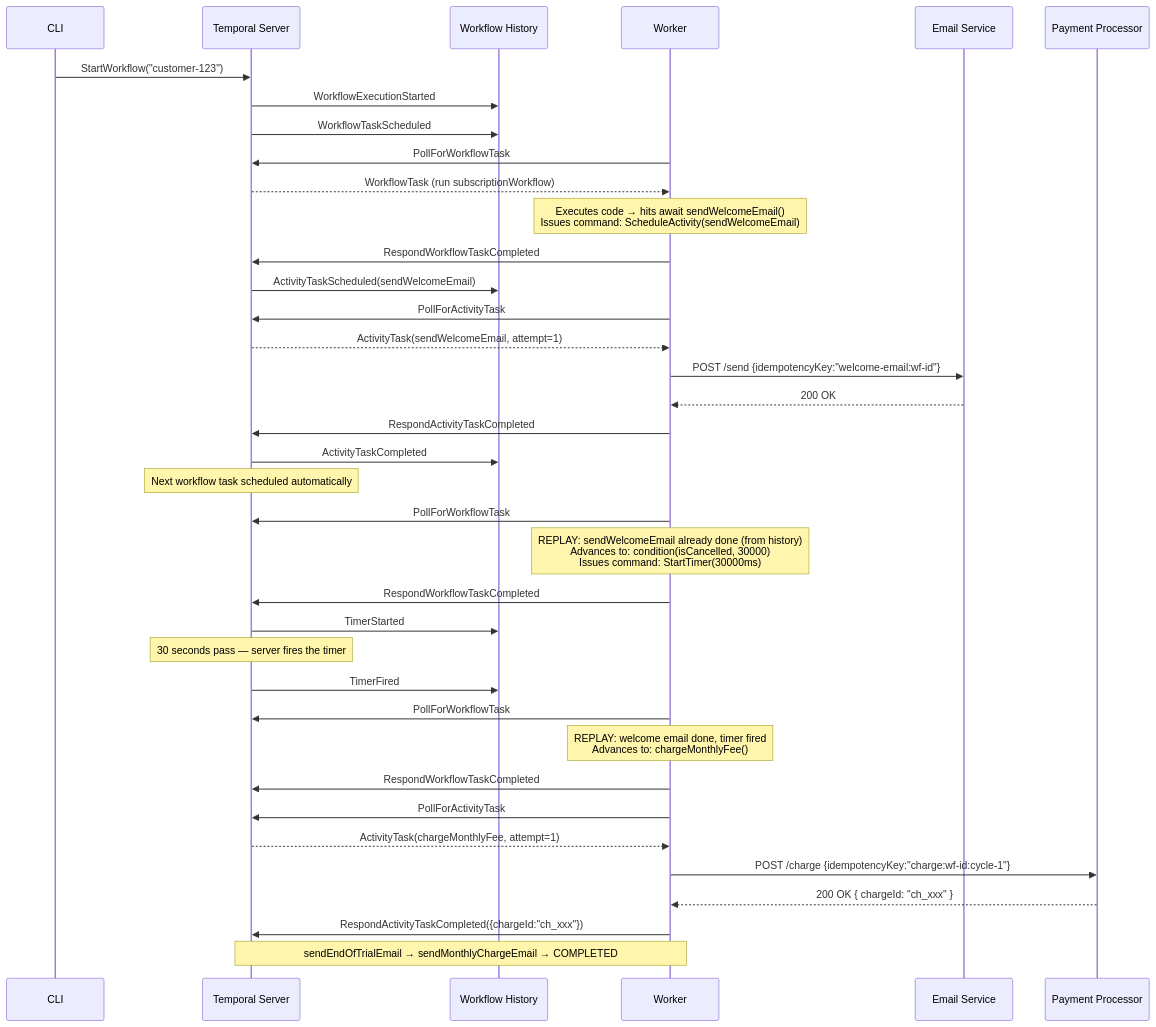
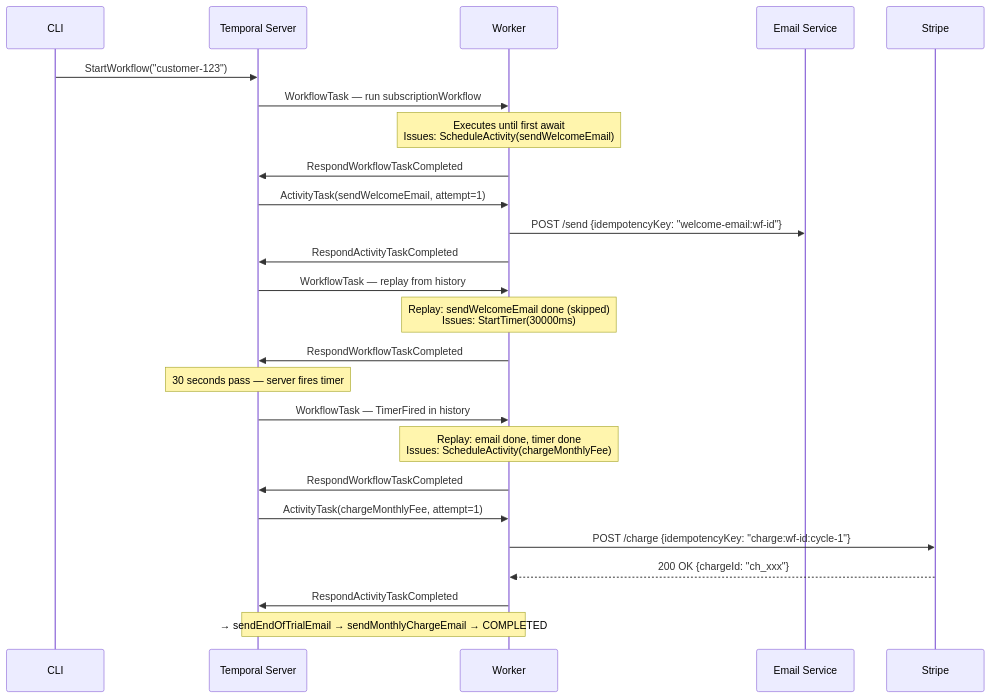
One commit to HackerM0nk/temporal-from-scratch changed the first of 7 diagrams in docs/architecture.md. Above: the diagram before and after it, drawn with Mermaid. The commit also changed other lines of this file and 1 other file, not shown here.

First line of the commit message:
Rewrite README and architecture docs

````diff
--- a/docs/architecture.md
+++ b/docs/architecture.md
@@ -38,47 +29,35 @@
 ```mermaid
 sequenceDiagram
     participant CLI
     participant Server as Temporal Server
-    participant History as Workflow History
     participant Worker
     participant Email as Email Service
-    participant Stripe as Payment Processor
+    participant Stripe
 
     CLI->>Server: StartWorkflow("customer-123")
-    Server->>History: WorkflowExecutionStarted
-    Server->>History: WorkflowTaskScheduled
+    Server->>Worker: WorkflowTask — run subscriptionWorkflow
 
-    Worker->>Server: PollForWorkflowTask
-    Server-->>Worker: WorkflowTask (run subscriptionWorkflow)
-    Note over Worker: Executes code → hits await sendWelcomeEmail()<br/>Issues command: ScheduleActivity(sendWelcomeEmail)
+    Note over Worker: Executes until first await<br/>Issues: ScheduleActivity(sendWelcomeEmail)
+
     Worker->>Server: RespondWorkflowTaskCompleted
-    Server->>History: ActivityTaskScheduled(sendWelcomeEmail)
+    Server->>Worker: ActivityTask(sendWelcomeEmail, attempt=1)
+    Worker->>Email: POST /send {idempotencyKey: "welcome-email:wf-id"}
+    Worker->>Server: RespondActivityTaskCompleted
 
-    Worker->>Server: PollForActivityTask
-    Server-->>Worker: ActivityTask(sendWelcomeEmail, attempt=1)
-    Worker->>Email: POST /send {idempotencyKey:"welcome-email:wf-id"}
-    Email-->>Worker: 200 OK
-    Worker->>Server: RespondActivityTaskCompleted
-    Server->>History: ActivityTaskCompleted
-
-    Note over Server: Next workflow task scheduled automatically
-    Worker->>Server: PollForWorkflowTask
-    Note over Worker: REPLAY: sendWelcomeEmail already done (from history)<br/>Advances to: condition(isCancelled, 30000)<br/>Issues command: StartTimer(30000ms)
-    Worker->>Server: RespondWorkflowTaskCompleted
-    Server->>History: TimerStarted
-
-    Note over Server: 30 seconds pass — server fires the timer
-    Server->>History: TimerFired
-
-    Worker->>Server: PollForWorkflowTask
-    Note over Worker: REPLAY: welcome email done, timer fired<br/>Advances to: chargeMonthlyFee()
+    Server->>Worker: WorkflowTask — replay from history
+    Note over Worker: Replay: sendWelcomeEmail done (skipped)<br/>Issues: StartTimer(30000ms)
     Worker->>Server: RespondWorkflowTaskCompleted
 
-    Worker->>Server: PollForActivityTask
-    Server-->>Worker: ActivityTask(chargeMonthlyFee, attempt=1)
-    Worker->>Stripe: POST /charge {idempotencyKey:"charge:wf-id:cycle-1"}
-    Stripe-->>Worker: 200 OK { chargeId: "ch_xxx" }
-    Worker->>Server: RespondActivityTaskCompleted({chargeId:"ch_xxx"})
+    Note over Server: 30 seconds pass — server fires timer
 
-    Note over Worker,Server: sendEndOfTrialEmail → sendMonthlyChargeEmail → COMPLETED
+    Server->>Worker: WorkflowTask — TimerFired in history
+    Note over Worker: Replay: email done, timer done<br/>Issues: ScheduleActivity(chargeMonthlyFee)
+    Worker->>Server: RespondWorkflowTaskCompleted
+
+    Server->>Worker: ActivityTask(chargeMonthlyFee, attempt=1)
+    Worker->>Stripe: POST /charge {idempotencyKey: "charge:wf-id:cycle-1"}
+    Stripe-->>Worker: 200 OK {chargeId: "ch_xxx"}
+    Worker->>Server: RespondActivityTaskCompleted
+
+    Note over Worker,Server: → sendEndOfTrialEmail → sendMonthlyChargeEmail → COMPLETED
 ```
````
